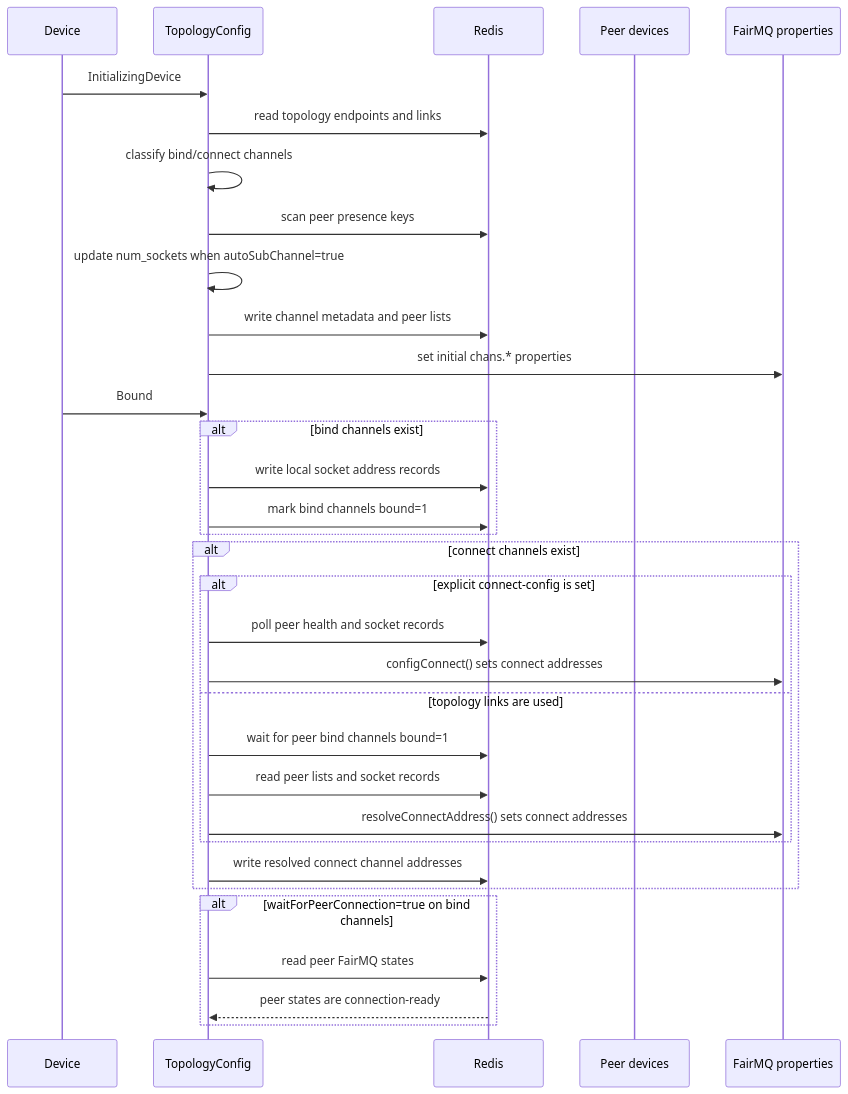
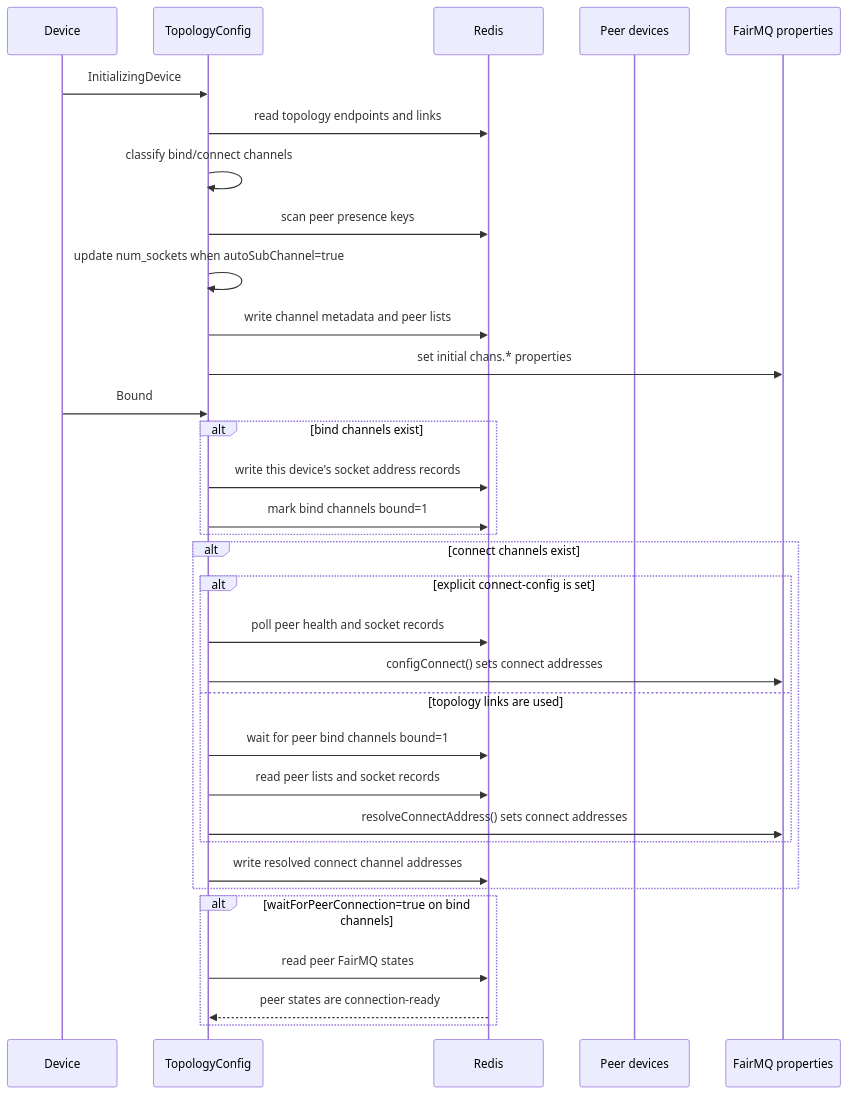
The second of 3 diagrams in plugins/README.md (tntakahashi/nestdaq), drawn with Mermaid before and after one commit. The commit also changed other lines of this file and 1 other file, not shown here.

Commit message:
docs(plugins): clarify topology component ownership

````diff
--- a/plugins/README.md
+++ b/plugins/README.md
@@ -346,37 +346,37 @@
 ```mermaid
 sequenceDiagram
     participant Device
     participant TopologyConfig
     participant Redis
     participant PeerDevices as Peer devices
     participant FairMQProperties as FairMQ properties
 
     Device->>TopologyConfig: InitializingDevice
     TopologyConfig->>Redis: read topology endpoints and links
     TopologyConfig->>TopologyConfig: classify bind/connect channels
     TopologyConfig->>Redis: scan peer presence keys
     TopologyConfig->>TopologyConfig: update num_sockets when autoSubChannel=true
     TopologyConfig->>Redis: write channel metadata and peer lists
     TopologyConfig->>FairMQProperties: set initial chans.* properties
 
     Device->>TopologyConfig: Bound
     alt bind channels exist
-        TopologyConfig->>Redis: write local socket address records
+        TopologyConfig->>Redis: write this device's socket address records
         TopologyConfig->>Redis: mark bind channels bound=1
     end
     alt connect channels exist
         alt explicit connect-config is set
             TopologyConfig->>Redis: poll peer health and socket records
             TopologyConfig->>FairMQProperties: configConnect() sets connect addresses
         else topology links are used
             TopologyConfig->>Redis: wait for peer bind channels bound=1
             TopologyConfig->>Redis: read peer lists and socket records
             TopologyConfig->>FairMQProperties: resolveConnectAddress() sets connect addresses
         end
         TopologyConfig->>Redis: write resolved connect channel addresses
     end
     alt waitForPeerConnection=true on bind channels
         TopologyConfig->>Redis: read peer FairMQ states
         Redis-->>TopologyConfig: peer states are connection-ready
     end
 ```
````
